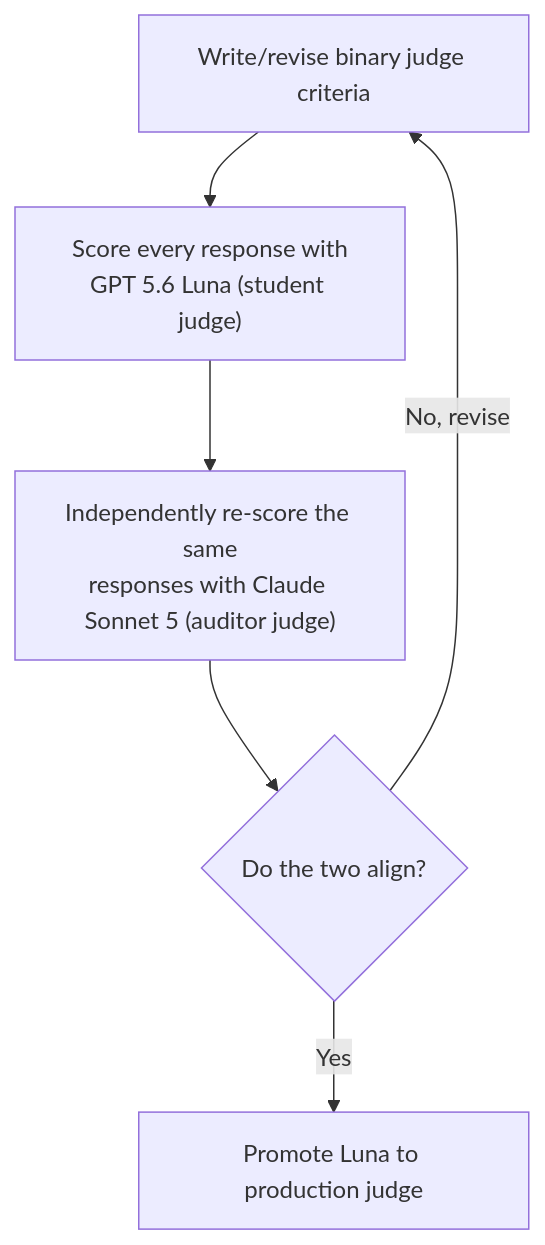
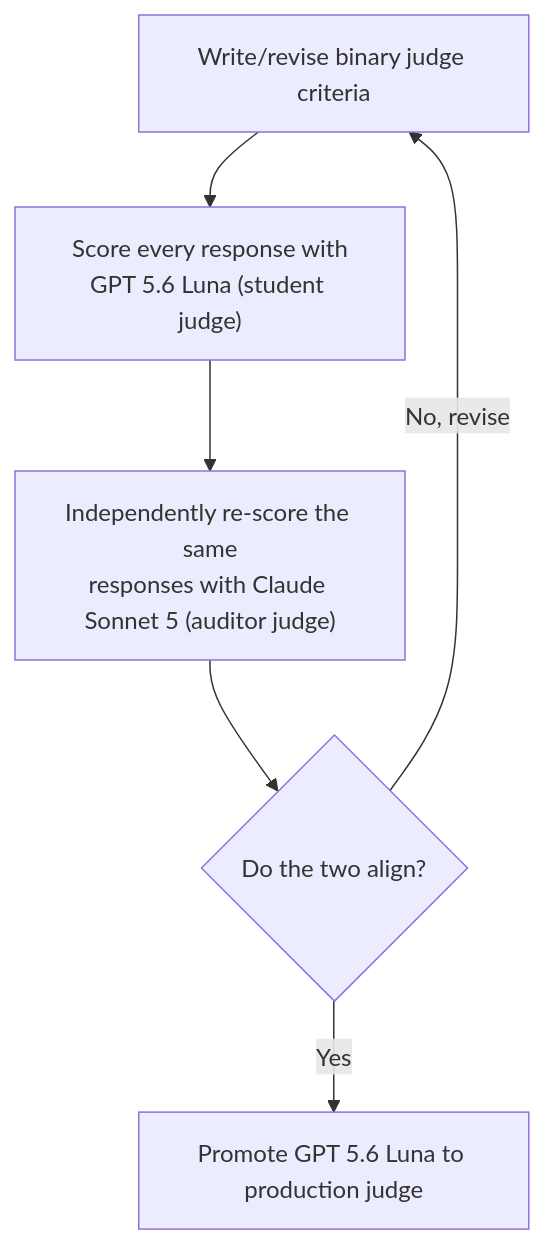
The diagram in POLICY_FOLLOWING_RESULTS.md (redswimmer/ml-internal-llms-instruction-following), drawn with Mermaid before and after one commit. The commit also changed other lines of this file, not shown here.

First line of the commit message:
Rename judge subsections and roles paragraph away from dataset labels

````diff
--- a/POLICY_FOLLOWING_RESULTS.md
+++ b/POLICY_FOLLOWING_RESULTS.md
@@ -258,8 +258,8 @@
 ```mermaid
 flowchart TD
     A[Write/revise binary judge criteria] --> B["Score every response with<br/>GPT 5.6 Luna (student judge)"]
     B --> C["Independently re-score the same<br/>responses with Claude Sonnet 5 (auditor judge)"]
     C --> D{Do the two align?}
     D -->|No, revise| A
-    D -->|Yes| E[Promote Luna to production judge]
+    D -->|Yes| E[Promote GPT 5.6 Luna to production judge]
 ```
````
